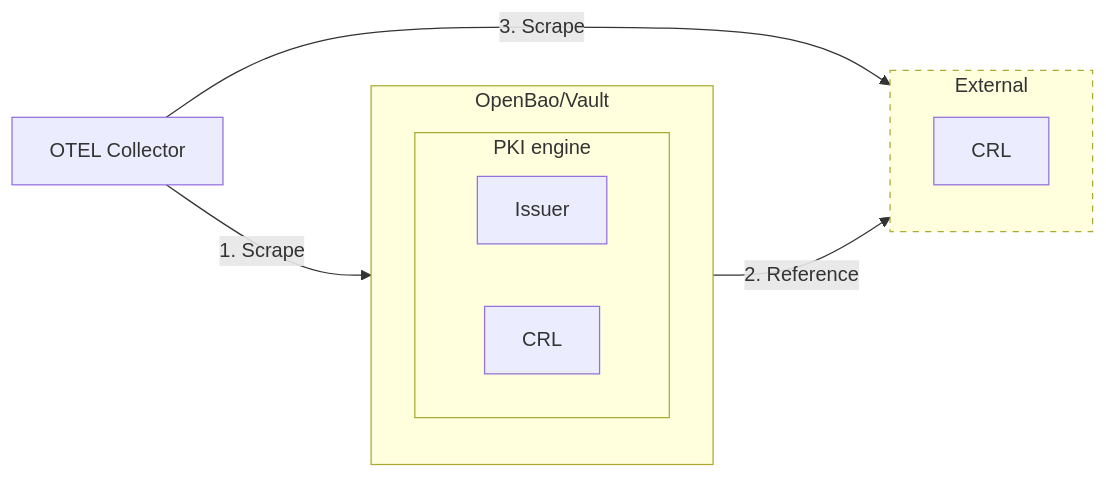
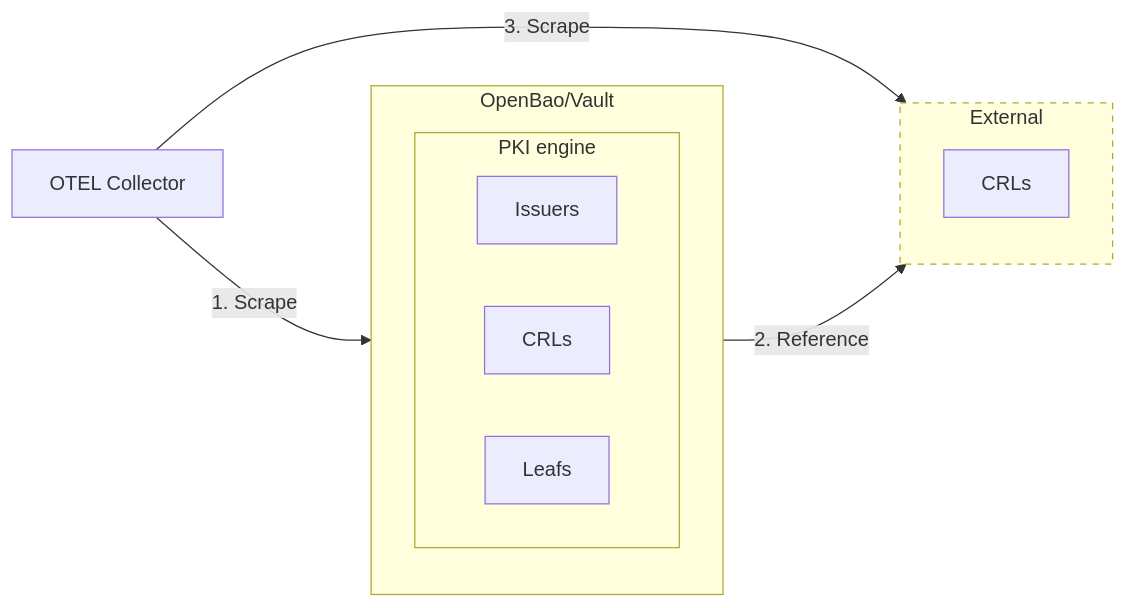
The diagram in README.md (cvdtang/pkienginereceiver), drawn with Mermaid before and after one commit. The commit also changed other lines of this file and 8 other files, not shown here.

````diff
--- a/README.md
+++ b/README.md
@@ -5,25 +5,26 @@
 ```mermaid
 flowchart LR
 
   OTEL[OTEL Collector]
 
-  subgraph Vault [OpenBao/Vault]
+  subgraph Store [OpenBao/Vault]
     direction TB
 
     subgraph PKI1 [PKI engine]
       direction LR
-      I1[Issuer]
-      C1[CRL]
+      I1[Issuers]
+      C1[CRLs]
+      C2[Leafs]
     end
   end
 
   subgraph External [External]
     direction TB
     style External stroke-dasharray: 5 5
-    CRL_Ext[CRL]
+    CRL_Ext[CRLs]
   end
 
-  OTEL -- "1. Scrape" --> Vault
+  OTEL -- "1. Scrape" --> Store
   I1 -- "2. Reference" --> CRL_Ext
   OTEL -- "3. Scrape" --> CRL_Ext
 ```
````
